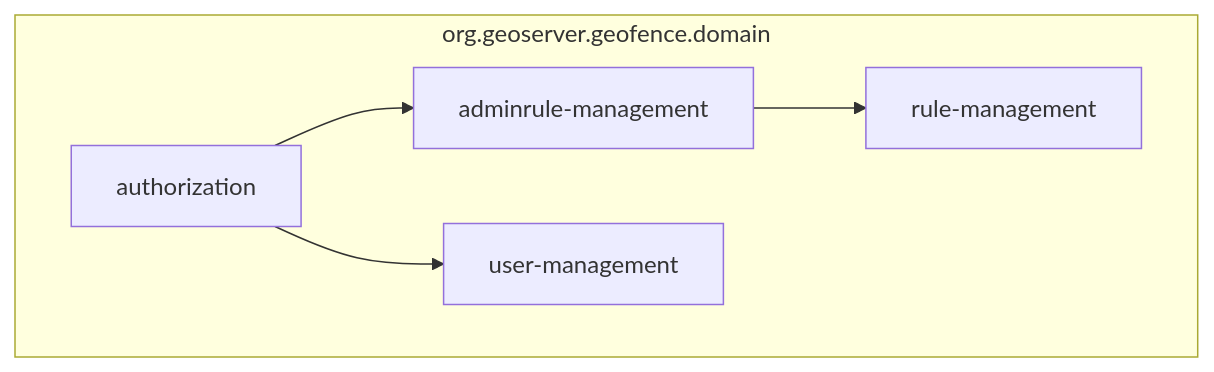
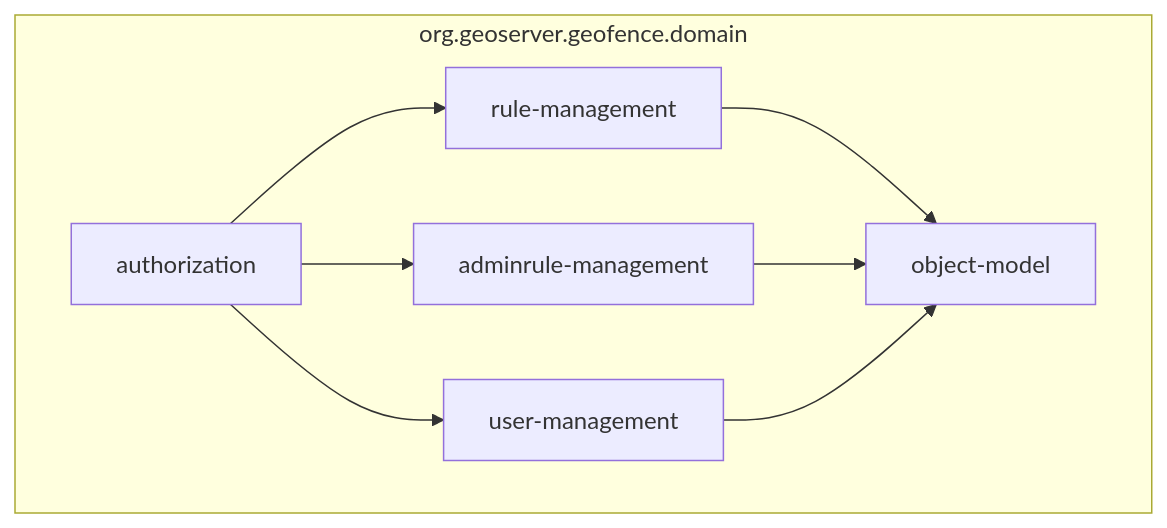
The first of 2 diagrams in src/domain/README.md (groldan/geofence), drawn with Mermaid before and after one commit. The commit also changed other lines of this file and 1 other file, not shown here.

````diff
--- a/src/domain/README.md
+++ b/src/domain/README.md
@@ -5,10 +5,10 @@
 ```mermaid
 flowchart LR
   subgraph org.geoserver.geofence.domain
     direction LR
-    rule-management
-    adminrule-management --> rule-management
-    user-management
-    authorization --> adminrule-management & user-management
+    rule-management --> object-model
+    adminrule-management --> object-model
+    user-management --> object-model
+    authorization --> rule-management & adminrule-management & user-management
   end
 ```
````
